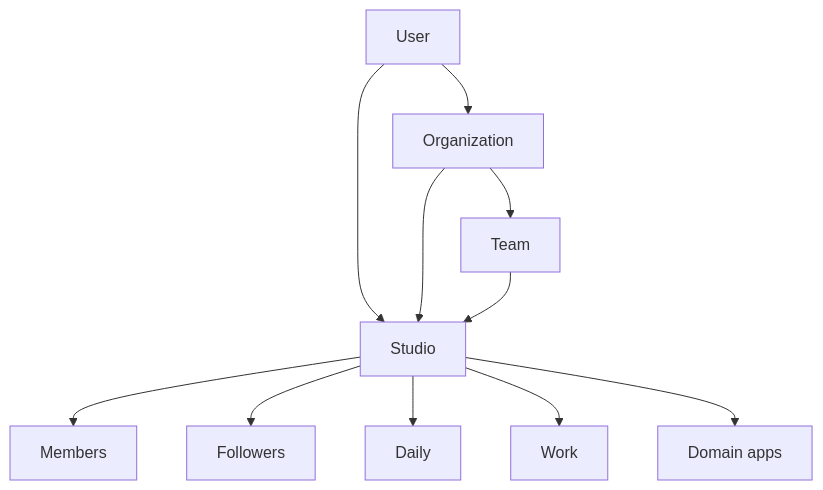
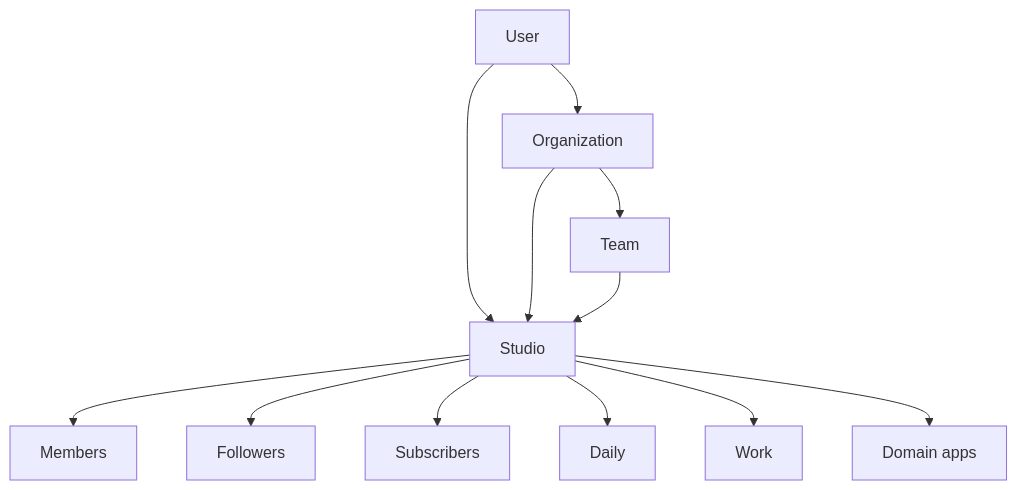
The diagram in concepts/product-model.mdx (fanivi-dev/agata-docs), drawn with Mermaid before and after one commit. The commit also changed other lines of this file and 7 other files, not shown here.

````diff
--- a/concepts/product-model.mdx
+++ b/concepts/product-model.mdx
@@ -12,13 +12,14 @@
 ```mermaid
 flowchart TD
   U[User] --> P[Studio]
   U --> O[Organization]
   O --> P
   O --> Team
   Team --> P
   P --> T[Members]
   P --> F[Followers]
+  P --> S[Subscribers]
   P --> D[Daily]
   P --> W[Work]
   P --> A[Domain apps]
 ```
````
